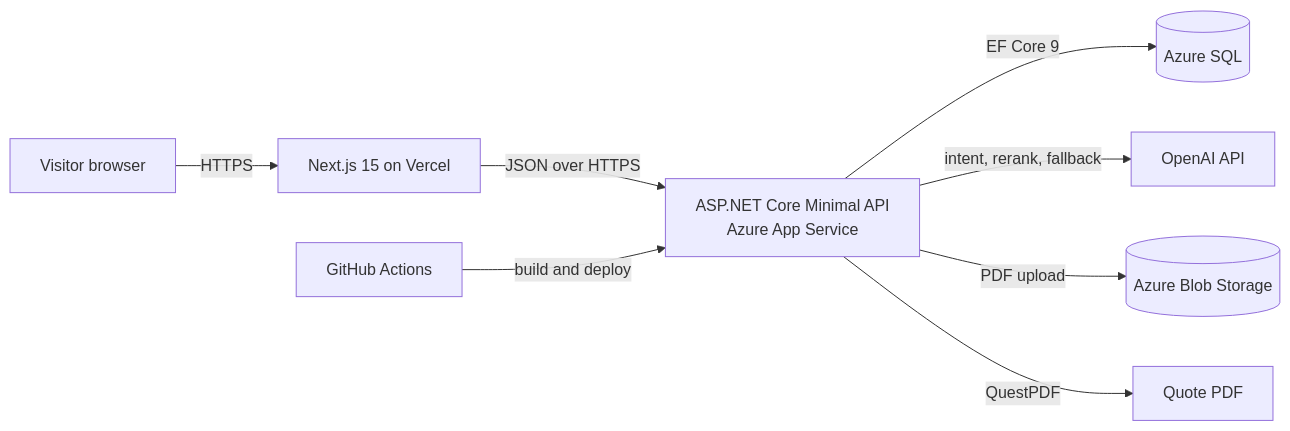
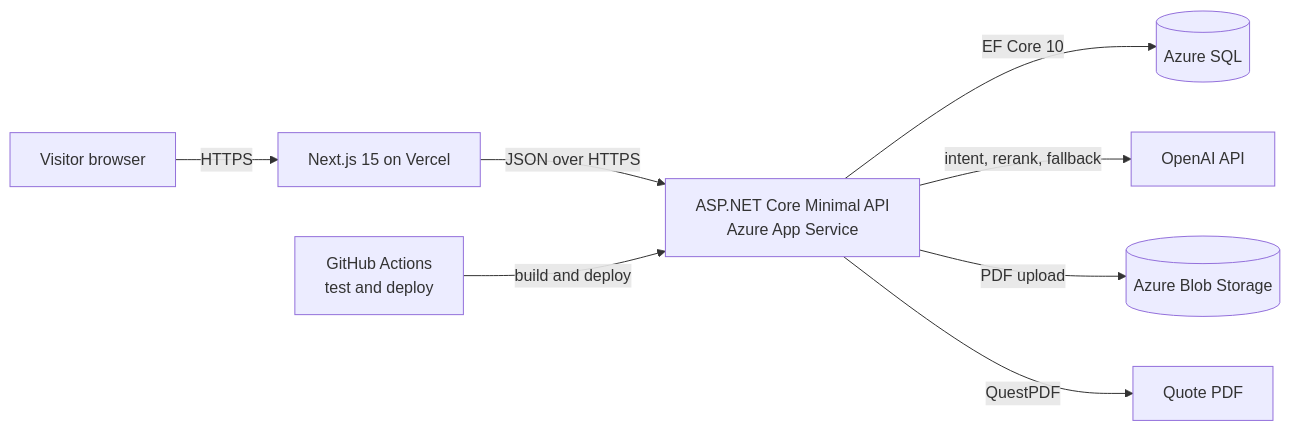
One commit to terabvte/quote-engine changed the diagram in README.md. Above: the diagram before and after it, drawn with Mermaid. The commit also changed other lines of this file and 7 other files, not shown here.

````diff
--- a/README.md
+++ b/README.md
@@ -22,10 +23,10 @@
 ```mermaid
 flowchart LR
     U["Visitor browser"] -->|HTTPS| F["Next.js 15 on Vercel"]
     F -->|JSON over HTTPS| A["ASP.NET Core Minimal API<br/>Azure App Service"]
-    A -->|EF Core 9| D[("Azure SQL")]
+    A -->|EF Core 10| D[("Azure SQL")]
     A -->|intent, rerank, fallback| L["OpenAI API"]
     A -->|PDF upload| B[("Azure Blob Storage")]
     A -->|QuestPDF| P["Quote PDF"]
-    G["GitHub Actions"] -->|build and deploy| A
+    G["GitHub Actions<br/>test and deploy"] -->|build and deploy| A
 ```
````
